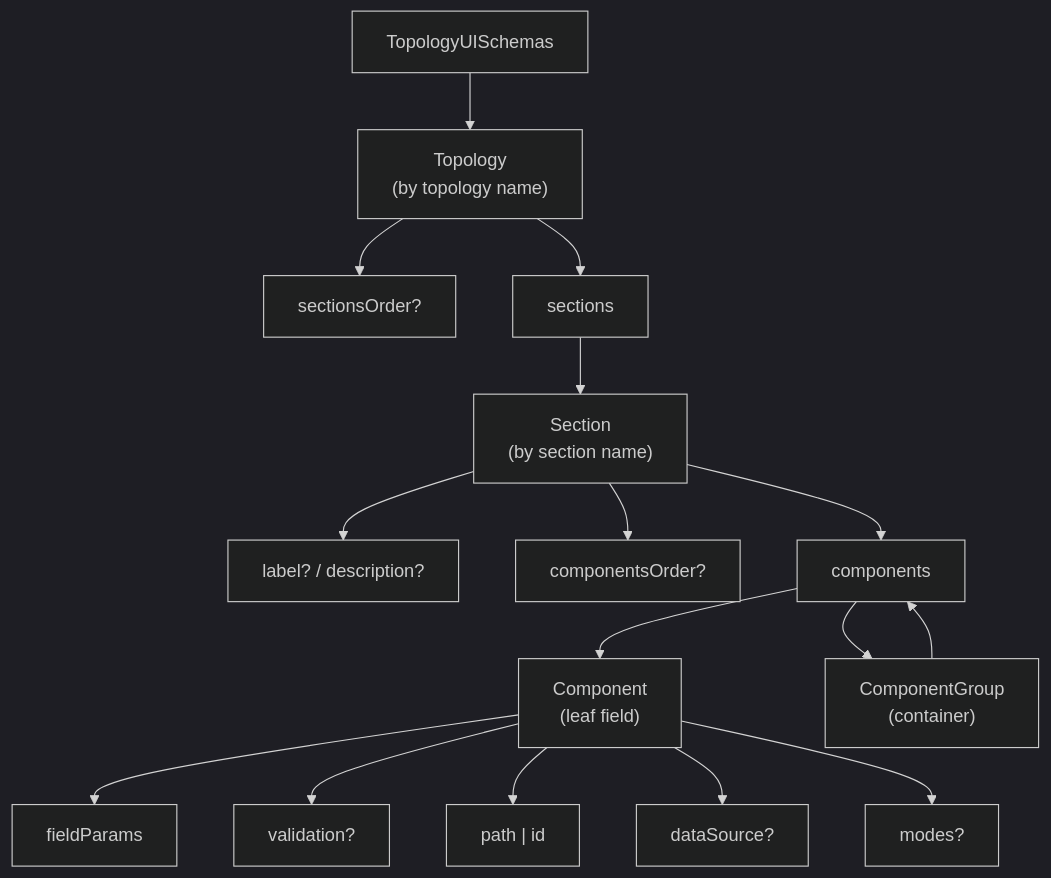
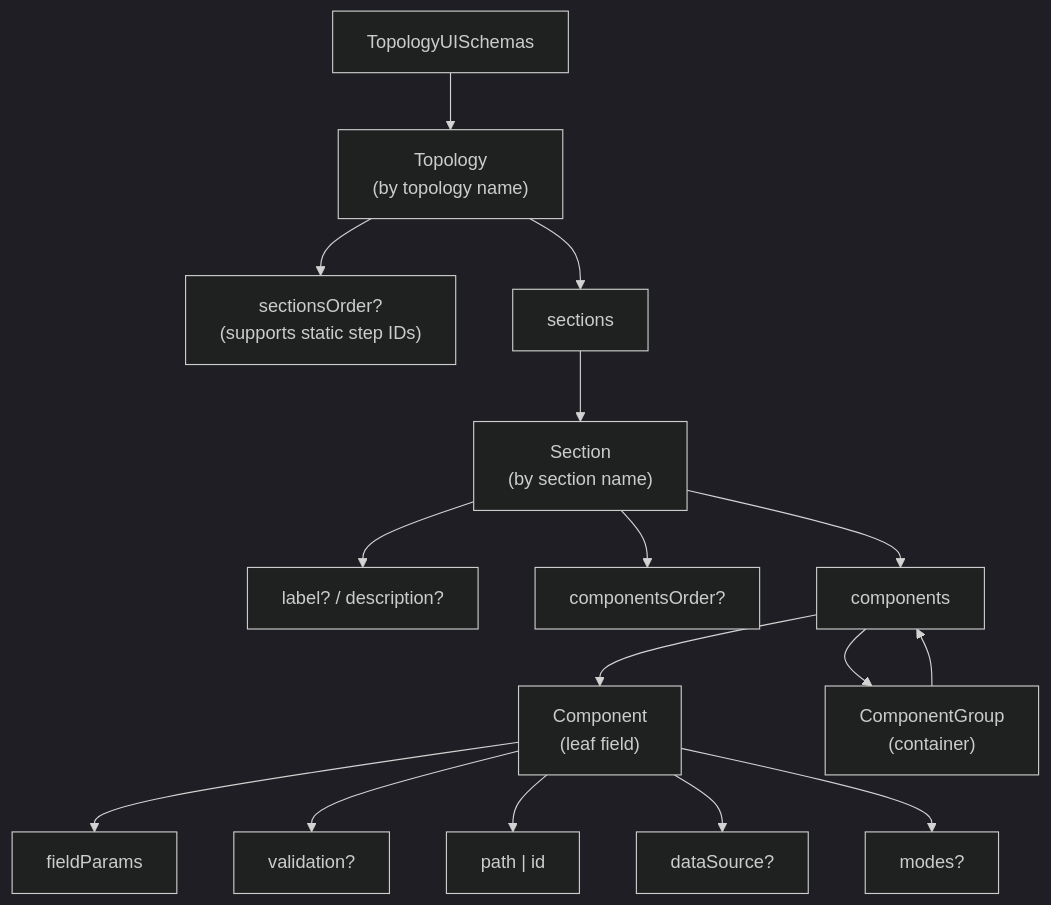
The first of 5 diagrams in docs/ui/architecture/ui-generator/schema-reference.md (openeverest/openeverest), drawn with Mermaid (dark theme) before and after one commit. The commit also changed other lines of this file and 10 other files, not shown here.

Commit message:
fix: allow reordering of static wizard sections via sectionsorder

````diff
--- a/docs/ui/architecture/ui-generator/schema-reference.md
+++ b/docs/ui/architecture/ui-generator/schema-reference.md
@@ -10,19 +10,19 @@
 ```mermaid
 flowchart TD
   T["TopologyUISchemas"] --> TP["Topology<br/>(by topology name)"]
-  TP --> SO["sectionsOrder?"]
+  TP --> SO["sectionsOrder?<br/>(supports static step IDs)"]
   TP --> S["sections"]
   S --> SEC["Section<br/>(by section name)"]
   SEC --> SM["label? / description?"]
   SEC --> CO["componentsOrder?"]
   SEC --> C["components"]
   C --> CMP["Component<br/>(leaf field)"]
   C --> GRP["ComponentGroup<br/>(container)"]
   GRP --> C
 
   CMP --> FP["fieldParams"]
   CMP --> VAL["validation?"]
   CMP --> PID["path | id"]
   CMP --> DS["dataSource?"]
   CMP --> MOD["modes?"]
 ```
````
